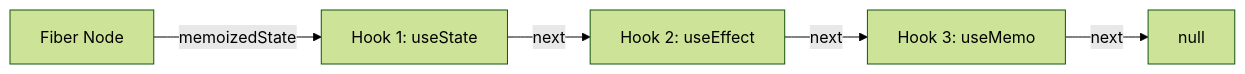
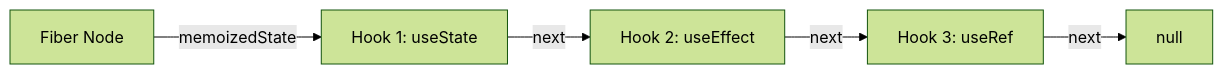
One commit to Aiden-Coding/AiDocs changed the diagram in docs/react/basic/hooks.md. Above: the diagram before and after it, drawn with Mermaid (forest theme). The commit also changed other lines of this file and 7 other files, not shown here.

````diff
--- a/docs/react/basic/hooks.md
+++ b/docs/react/basic/hooks.md
@@ -52,7 +142,7 @@
 ```mermaid
 graph LR
     component[Fiber Node] -->|memoizedState| hook1[Hook 1: useState]
     hook1 -->|next| hook2[Hook 2: useEffect]
-    hook2 -->|next| hook3[Hook 3: useMemo]
+    hook2 -->|next| hook3[Hook 3: useRef]
     hook3 -->|next| nullNode[null]
 ```
````
